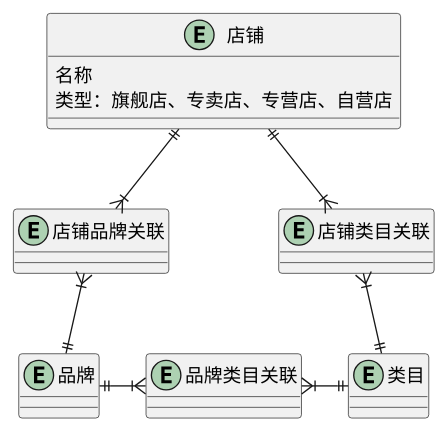
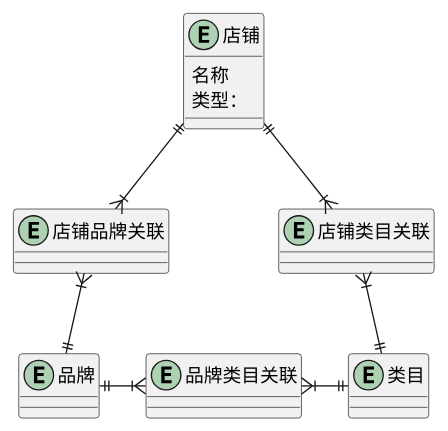
One commit to awesomecat2020/mock-mall changed the diagram in 店铺.wsd. Above: the diagram before and after it, drawn with PlantUML. The commit also changed 4 other files, not shown here.

```diff
--- a/店铺.wsd
+++ b/店铺.wsd
@@ -1,30 +1,31 @@
 @startuml 店铺UML
 
 entity 店铺 {
     名称
-    类型：旗舰店、专卖店、专营店、自营店
+    ' 旗舰店、专卖店、专营店、自营店
+    类型：
 }
 entity 品牌 {
 
 }
 entity 店铺品牌关联 {
 
 }
 entity 类目 {
 
 }
 entity 店铺类目关联 {
 
 }
 entity 品牌类目关联 {
 
 }
 
 店铺 ||--|{ 店铺品牌关联
 店铺品牌关联 }|--|| 品牌
 店铺 ||--|{ 店铺类目关联
 店铺类目关联 }|--|| 类目
 品牌 ||-|{ 品牌类目关联
 品牌类目关联 }|-|| 类目
 
 @enduml
```
